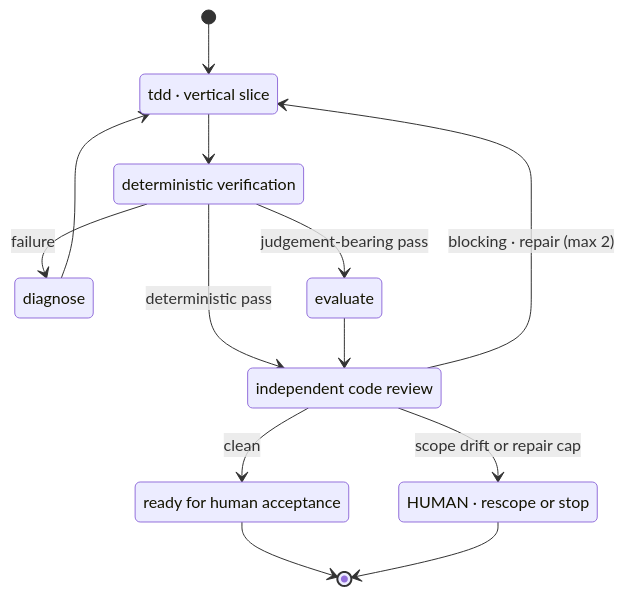
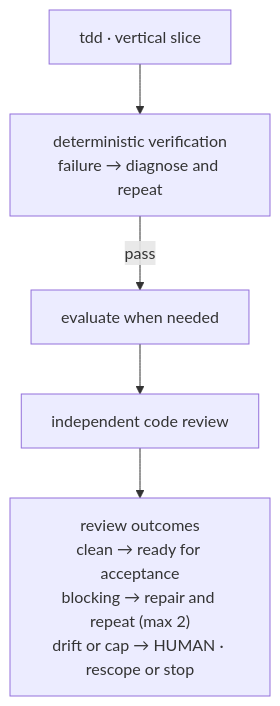
One commit to mblauberg/agent-harness changed the second of 2 diagrams in README.md. Above: the diagram before and after it, drawn with Mermaid. The commit also changed other lines of this file and 28 other files, not shown here.

````diff
--- a/README.md
+++ b/README.md
@@ -35,24 +85,9 @@
 ```mermaid
-stateDiagram-v2
-    direction TB
-    [*] --> TDD
-    state "tdd · vertical slice" as TDD
-    state "deterministic verification" as Verify
-    state "diagnose" as Diagnose
-    state "evaluate" as Evaluate
-    state "independent code review" as Review
-    state "ready for human acceptance" as Ready
-    state "HUMAN · rescope or stop" as Rescope
-
-    TDD --> Verify
-    Verify --> Diagnose: failure
-    Diagnose --> TDD
-    Verify --> Review: deterministic pass
-    Verify --> Evaluate: judgement-bearing pass
-    Evaluate --> Review
-    Review --> TDD: blocking · repair (max 2)
-    Review --> Ready: clean
-    Review --> Rescope: scope drift or repair cap
-    Ready --> [*]
-    Rescope --> [*]
+flowchart TB
+    accTitle: Implementation repair loop
+    accDescr: The success path moves from a test-driven slice through verification, optional evaluation and independent review. Adjacent text defines failure, repair and human-rescoping routes.
+    TDD["tdd · vertical slice"] --> V["deterministic verification<br/>failure → diagnose and repeat"]
+    V -- pass --> E["evaluate when needed"]
+    E --> R["independent code review"]
+    R --> O["review outcomes<br/>clean → ready for acceptance<br/>blocking → repair and repeat (max 2)<br/>drift or cap → HUMAN · rescope or stop"]
 ```
````
